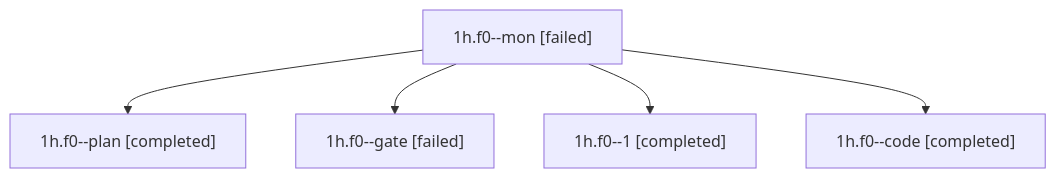
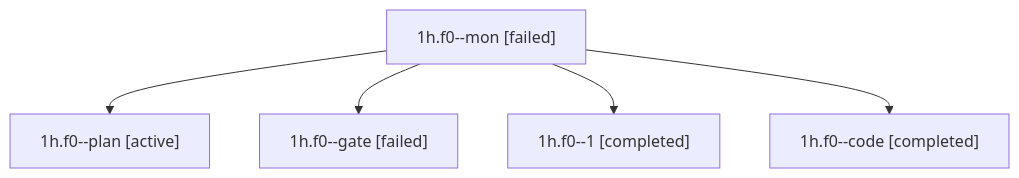
The diagram in families/bbugyi200.apollo.1h.f0.md (sase-org/sase--agents), drawn with Mermaid before and after one commit. The commit also changed other lines of this file and 150 other files, not shown here.

````diff
--- a/families/bbugyi200.apollo.1h.f0.md
+++ b/families/bbugyi200.apollo.1h.f0.md
@@ -9,12 +9,12 @@
 ```mermaid
 flowchart TD
   n0["1h.f0--mon [failed]"]
-  n1["1h.f0--plan [completed]"]
+  n1["1h.f0--plan [active]"]
   n0 --> n1
   n2["1h.f0--gate [failed]"]
   n0 --> n2
   n3["1h.f0--1 [completed]"]
   n0 --> n3
   n4["1h.f0--code [completed]"]
   n0 --> n4
 ```
````
